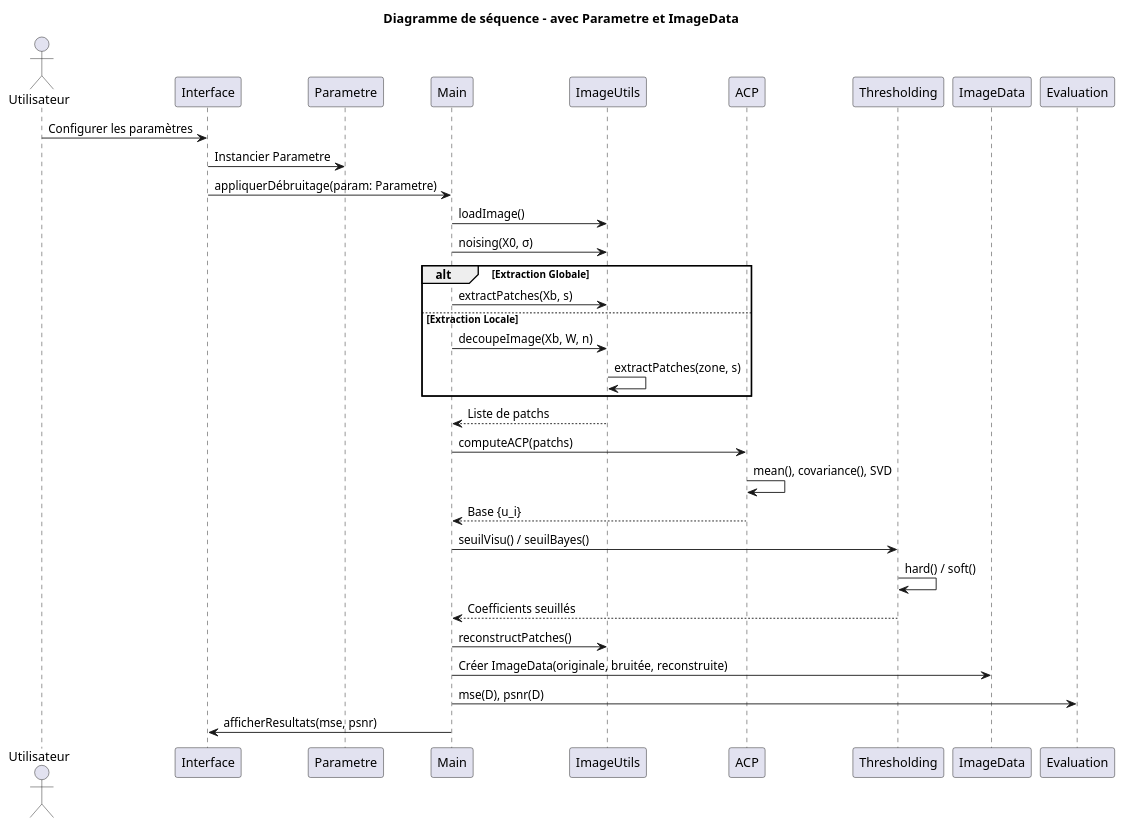
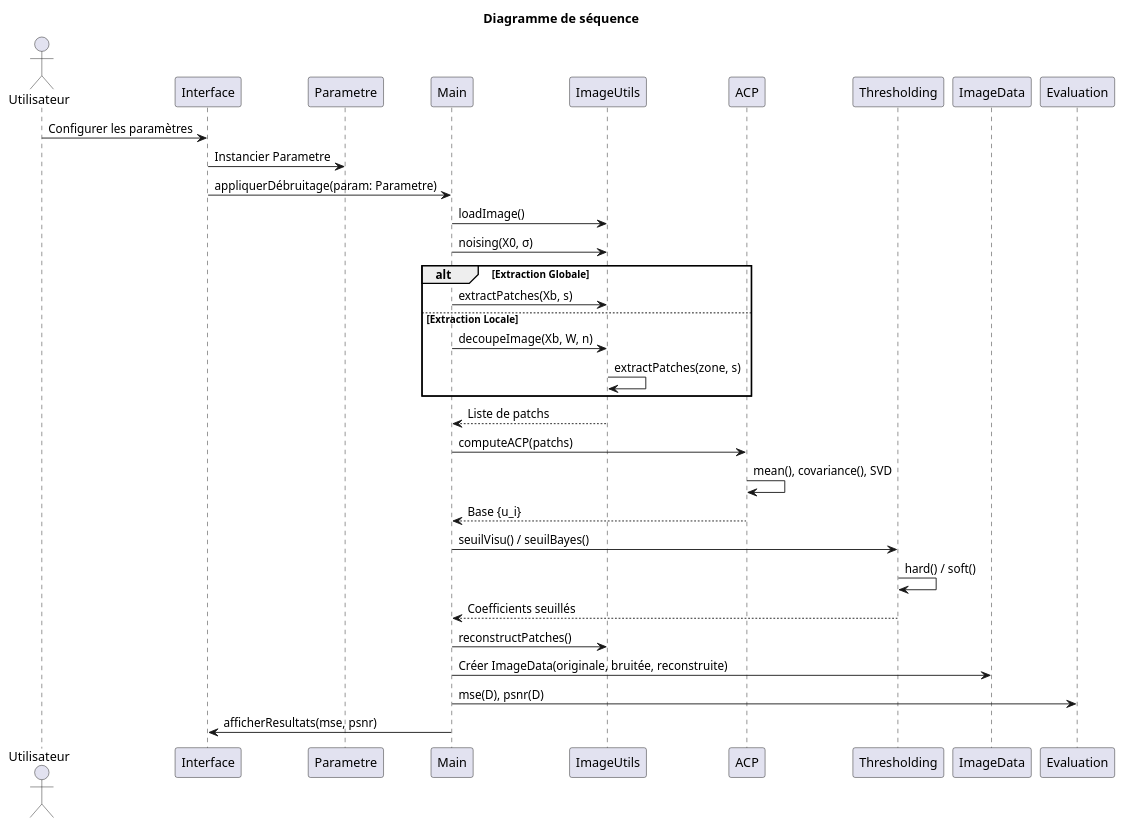
Before and after one commit to Thomasgin/Projet-Java: the diagram in analyse/diagrammePUML/diagSequence.puml, drawn with PlantUML. The commit also changed 1 other file, not shown here.

Commit message:
Modifiaction des diagrammes de séquence

```diff
--- a/analyse/diagrammePUML/diagSequence.puml
+++ b/analyse/diagrammePUML/diagSequence.puml
@@ -1,42 +1,42 @@
 @startuml
-title Diagramme de séquence – avec Parametre et ImageData
+title Diagramme de séquence
 
 actor Utilisateur
 participant "Interface" as I
 participant "Parametre" as P
 participant "Main" as M
 participant "ImageUtils" as IU
 participant "ACP" as A
 participant "Thresholding" as T
 participant "ImageData" as D
 participant "Evaluation" as E
 
 Utilisateur -> I : Configurer les paramètres
 I -> P : Instancier Parametre
 I -> M : appliquerDébruitage(param: Parametre)
 
 M -> IU : loadImage()
 M -> IU : noising(X0, σ)
 
 alt Extraction Globale
   M -> IU : extractPatches(Xb, s)
 else Extraction Locale
   M -> IU : decoupeImage(Xb, W, n)
   IU -> IU : extractPatches(zone, s)
 end
 IU --> M : Liste de patchs
 
 M -> A : computeACP(patchs)
 A -> A : mean(), covariance(), SVD
 A --> M : Base {u_i}
 
 M -> T : seuilVisu() / seuilBayes()
 T -> T : hard() / soft()
 T --> M : Coefficients seuillés
 
 M -> IU : reconstructPatches()
 M -> D : Créer ImageData(originale, bruitée, reconstruite)
 M -> E : mse(D), psnr(D)
 
 M -> I : afficherResultats(mse, psnr)
 @enduml
```
